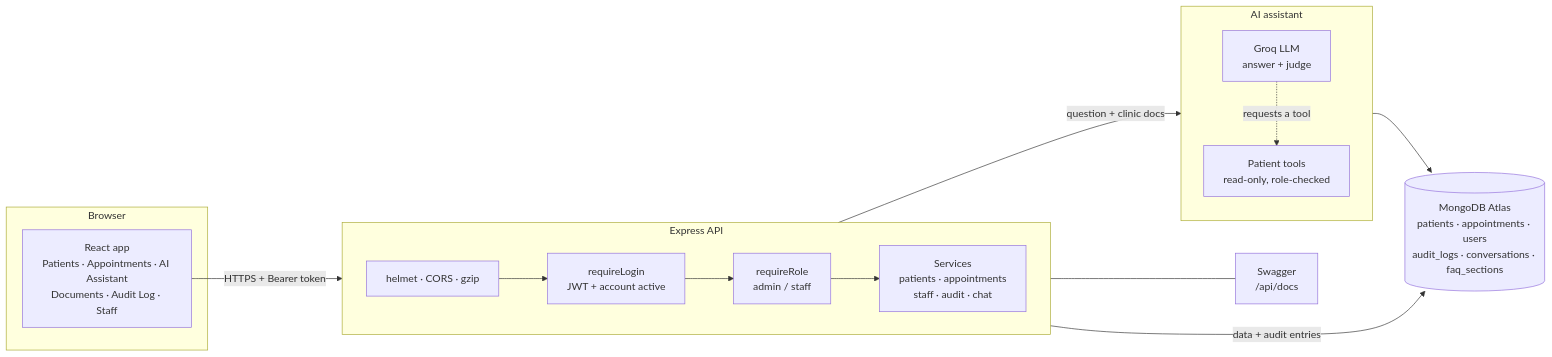
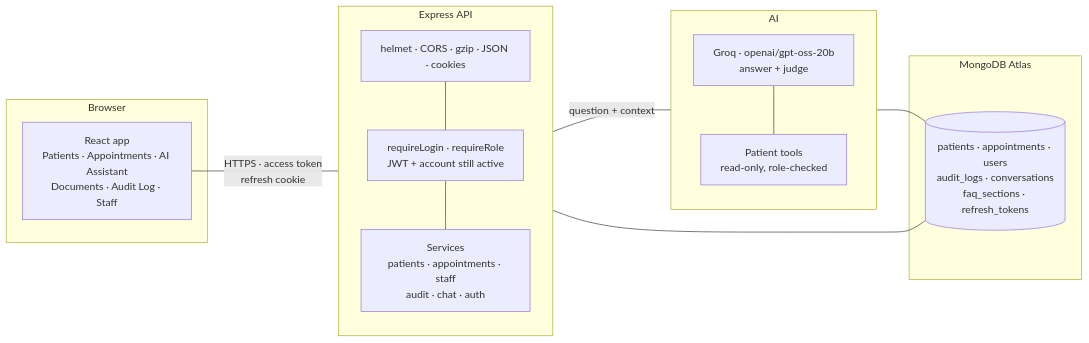
The diagram in architecture/system.md (Jag2007/Patient_Management), drawn with Mermaid before and after one commit. The commit also changed other lines of this file and 23 other files, not shown here.

First line of the commit message:
Add refresh tokens, golden-set benchmark, API table and technical AI docs

````diff
--- a/architecture/system.md
+++ b/architecture/system.md
@@ -5,27 +5,30 @@
 ```mermaid
 flowchart LR
-    subgraph Browser
+    subgraph Client["Browser"]
         UI["React app<br/>Patients · Appointments · AI Assistant<br/>Documents · Audit Log · Staff"]
     end
 
-    subgraph API["Express API"]
-        direction LR
-        MW["helmet · CORS · gzip"] --> Auth["requireLogin<br/>JWT + account active"] --> Role["requireRole<br/>admin / staff"] --> Svc["Services<br/>patients · appointments<br/>staff · audit · chat"]
+    subgraph Server["Express API"]
+        direction TB
+        MW["helmet · CORS · gzip · JSON · cookies"]
+        AUTH["requireLogin · requireRole<br/>JWT + account still active"]
+        SVC["Services<br/>patients · appointments · staff<br/>audit · chat · auth"]
+        MW --- AUTH --- SVC
     end
 
-    subgraph AI["AI assistant"]
-        direction TB
-        LLM["Groq LLM<br/>answer + judge"]
-        Tools["Patient tools<br/>read-only, role-checked"]
+    subgraph Data["MongoDB Atlas"]
+        DB[("patients · appointments · users<br/>audit_logs · conversations<br/>faq_sections · refresh_tokens")]
     end
 
-    DB[("MongoDB Atlas<br/>patients · appointments · users<br/>audit_logs · conversations · faq_sections")]
-    Docs["Swagger<br/>/api/docs"]
+    subgraph AI["AI"]
+        direction TB
+        LLM["Groq · openai/gpt-oss-20b<br/>answer + judge"]
+        TOOLS["Patient tools<br/>read-only, role-checked"]
+        LLM --- TOOLS
+    end
 
-    UI -- "HTTPS + Bearer token" --> MW
-    Svc -- "data + audit entries" --> DB
-    Svc -- "question + clinic docs" --> LLM
-    LLM -. "requests a tool" .-> Tools
-    Tools --> DB
-    API --- Docs
+    UI ---|"HTTPS · access token<br/>refresh cookie"| MW
+    SVC --- DB
+    SVC ---|"question + context"| LLM
+    TOOLS --- DB
 ```
````
